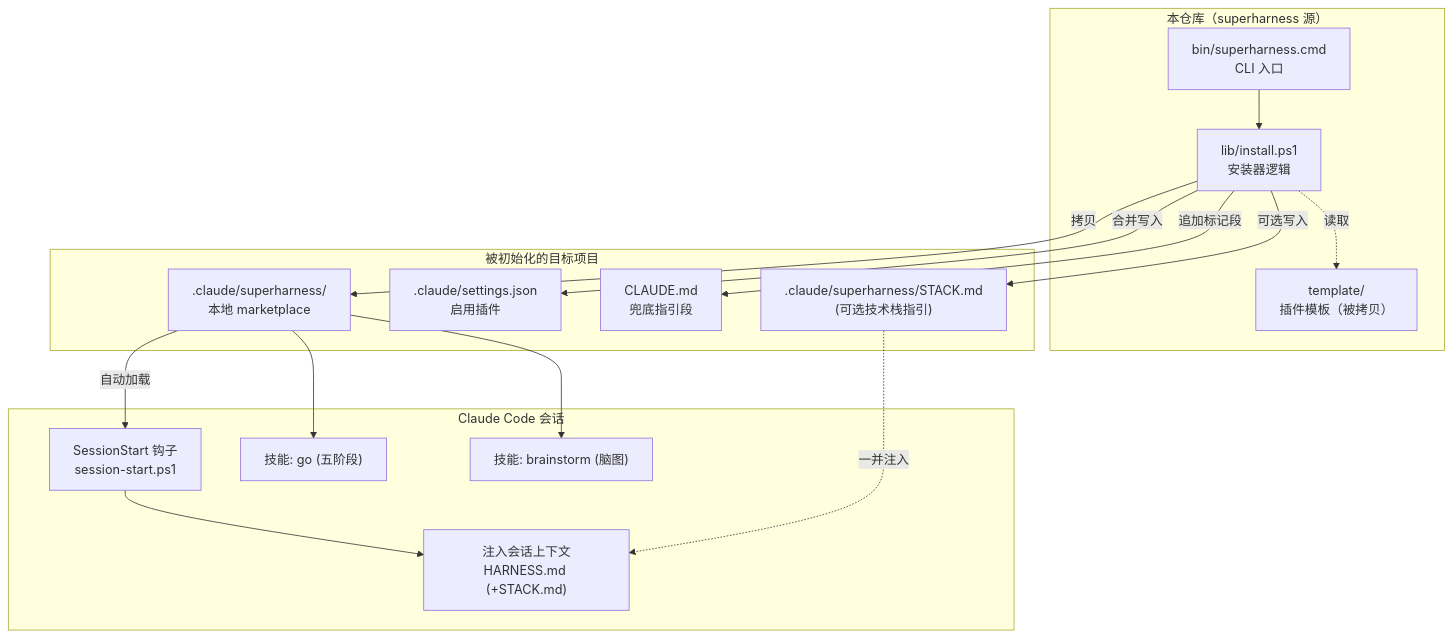
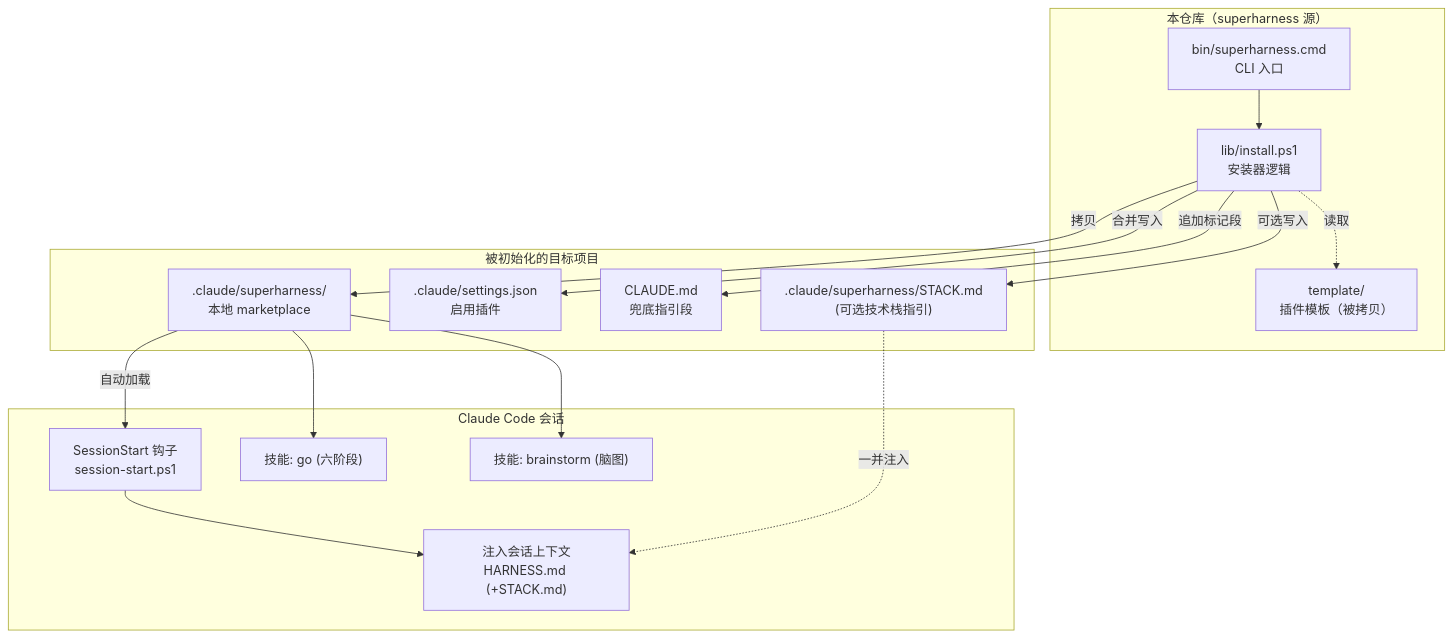
One commit to YachuanWzh/harness changed the second of 11 diagrams in 技术方案文档.md. Above: the diagram before and after it, drawn with Mermaid. The commit also changed other lines of this file, not shown here.

First line of the commit message:
docs: 技术方案 says 六阶段 and includes 隔离 in phase summaries

````diff
--- a/技术方案文档.md
+++ b/技术方案文档.md
@@ -47,35 +47,35 @@
 ```mermaid
 flowchart TB
     subgraph 仓库["本仓库（superharness 源）"]
         BIN["bin/superharness.cmd<br/>CLI 入口"]
         INSTALL["lib/install.ps1<br/>安装器逻辑"]
         TEMPLATE["template/<br/>插件模板（被拷贝）"]
         BIN --> INSTALL
         INSTALL -. 读取 .-> TEMPLATE
     end
 
     subgraph 项目["被初始化的目标项目"]
         MARKET[".claude/superharness/<br/>本地 marketplace"]
         SETTINGS[".claude/settings.json<br/>启用插件"]
         CLAUDEMD["CLAUDE.md<br/>兜底指引段"]
         STACK[".claude/superharness/STACK.md<br/>(可选技术栈指引)"]
     end
 
     subgraph 运行时["Claude Code 会话"]
         HOOK["SessionStart 钩子<br/>session-start.ps1"]
         CTX["注入会话上下文<br/>HARNESS.md (+STACK.md)"]
-        GO["技能: go (五阶段)"]
+        GO["技能: go (六阶段)"]
         BRAIN["技能: brainstorm (脑图)"]
     end
 
     INSTALL -->|拷贝| MARKET
     INSTALL -->|合并写入| SETTINGS
     INSTALL -->|追加标记段| CLAUDEMD
     INSTALL -->|可选写入| STACK
 
     MARKET -->|自动加载| HOOK
     HOOK --> CTX
     MARKET --> GO
     MARKET --> BRAIN
     STACK -. 一并注入 .-> CTX
 ```
````
